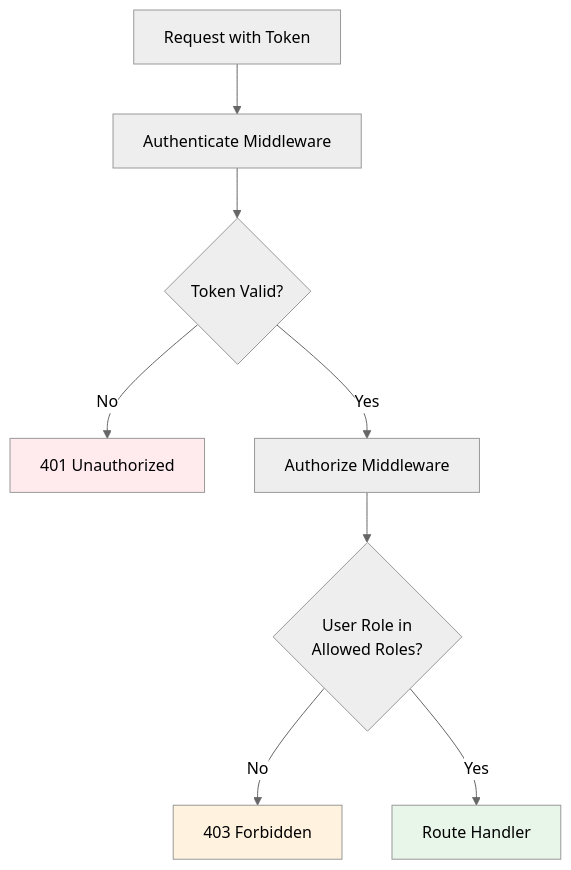
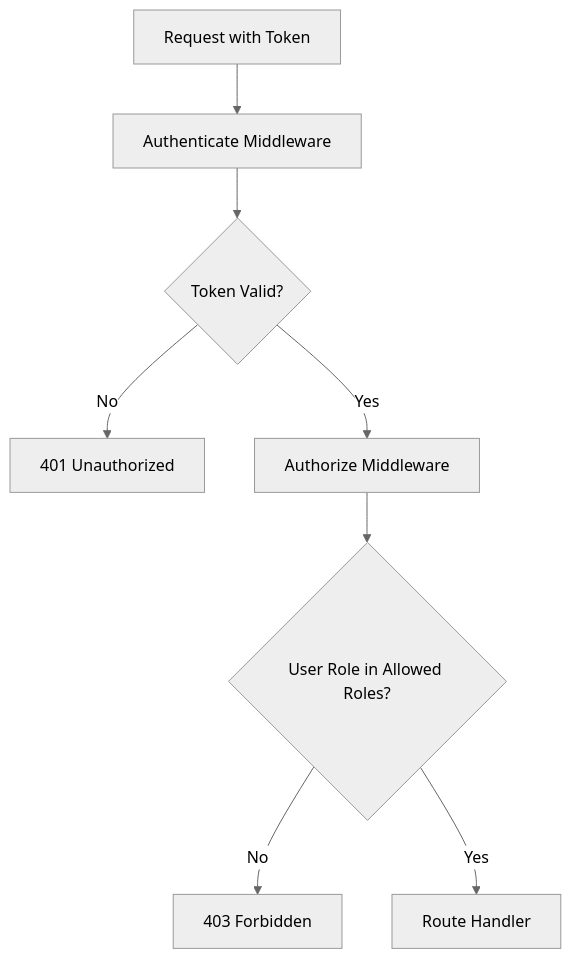
Before and after one commit to N-Dave-08/fs-course-backend: the fourth of 6 diagrams in level-04-authentication-security/lesson-01-jwt-authentication-ENHANCED-EXAMPLE.md, drawn with Mermaid (neutral theme). The commit also changed other lines of this file and 7 other files, not shown here.

````diff
--- a/level-04-authentication-security/lesson-01-jwt-authentication-ENHANCED-EXAMPLE.md
+++ b/level-04-authentication-security/lesson-01-jwt-authentication-ENHANCED-EXAMPLE.md
@@ -473,14 +479,10 @@
 ```mermaid
 graph TD
     A[Request with Token] --> B[Authenticate Middleware]
     B --> C{Token Valid?}
     C -->|No| D[401 Unauthorized]
     C -->|Yes| E[Authorize Middleware]
-    E --> F{User Role in<br/>Allowed Roles?}
+    E --> F{"User Role in Allowed Roles?"}
     F -->|No| G[403 Forbidden]
     F -->|Yes| H[Route Handler]
-    
-    style D fill:#ffebee
-    style G fill:#fff3e0
-    style H fill:#e8f5e9
 ```
````
